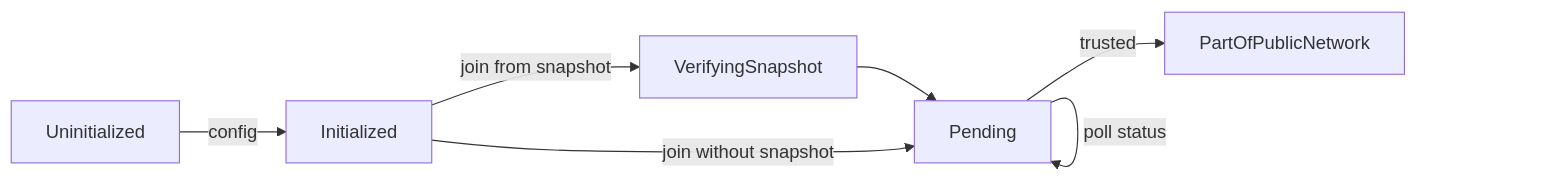
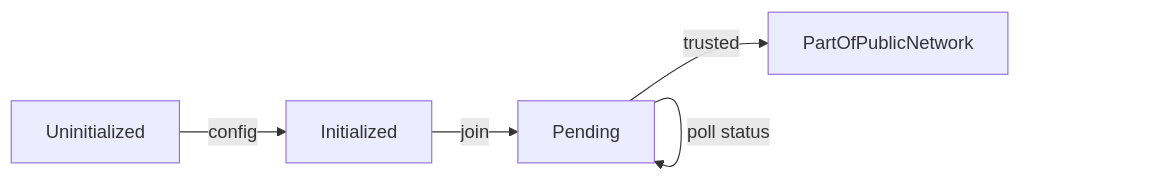
The second of 3 diagrams in doc/operations/recovery.rst (microsoft/CCF), drawn with Mermaid before and after one commit. The commit also changed 4 other files, not shown here.

```diff
--- a/doc/operations/recovery.rst
+++ b/doc/operations/recovery.rst
@@ -64,9 +64,7 @@
 .. mermaid::
 
     graph LR;
         Uninitialized-- config -->Initialized;
-        Initialized-- join from snapshot -->VerifyingSnapshot;
-        VerifyingSnapshot-->Pending;
-        Initialized-- join without snapshot -->Pending;
+        Initialized-- join -->Pending;
         Pending-- poll status -->Pending;
         Pending-- trusted -->PartOfPublicNetwork;
```
